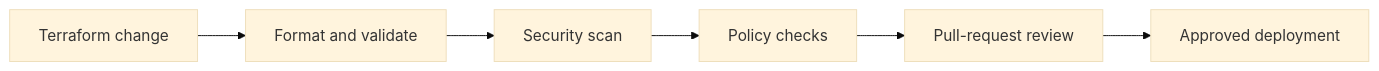
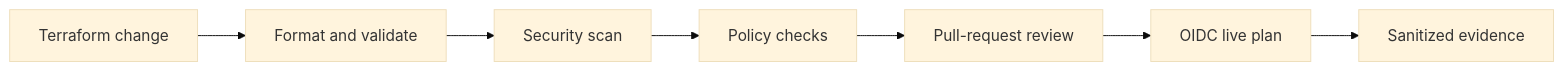
One commit to gdiangana-alt/northstar-secure-devsecops-pipeline changed the diagram in README.md. Above: the diagram before and after it, drawn with Mermaid (base theme). The commit also changed other lines of this file and 2 other files, not shown here.

First line of the commit message:
Finalize Phase 2 validation evidence

````diff
--- a/README.md
+++ b/README.md
@@ -20,8 +20,9 @@
 ```mermaid
 flowchart LR
     Change["Terraform change"] --> Validate["Format and validate"]
     Validate --> Scan["Security scan"]
     Scan --> Policy["Policy checks"]
     Policy --> Review["Pull-request review"]
-    Review --> Deploy["Approved deployment"]
+    Review --> Plan["OIDC live plan"]
+    Plan --> Evidence["Sanitized evidence"]
 ```
````
